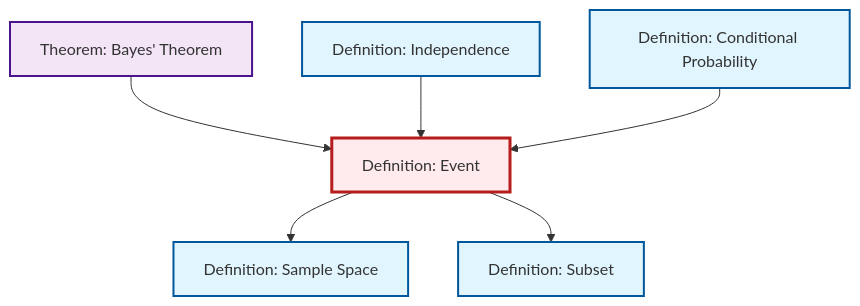
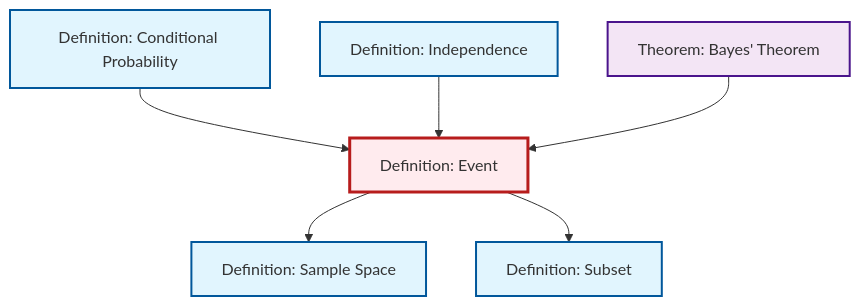
One commit to RK0429/ModernMath changed the diagram in content/en/probability-statistics/def-event.qmd. Above: the diagram before and after it, drawn with Mermaid. The commit also changed other lines of this file and 497 other files, not shown here.

````diff
--- a/content/en/probability-statistics/def-event.qmd
+++ b/content/en/probability-statistics/def-event.qmd
@@ -69,26 +69,26 @@
 ```{mermaid}
 %%| fig-cap: "Local dependency graph"
 graph TD
     classDef definition fill:#e1f5fe,stroke:#01579b,stroke-width:2px
     classDef theorem fill:#f3e5f5,stroke:#4a148c,stroke-width:2px
     classDef axiom fill:#fff3e0,stroke:#e65100,stroke-width:2px
     classDef example fill:#e8f5e9,stroke:#1b5e20,stroke-width:2px
     classDef current fill:#ffebee,stroke:#b71c1c,stroke-width:3px
+    def-subset["Definition: Subset"]:::definition
+    def-conditional-probability["Definition: Conditional Probability"]:::definition
+    def-event["Definition: Event"]:::definition
+    def-sample-space["Definition: Sample Space"]:::definition
     thm-bayes["Theorem: Bayes' Theorem"]:::theorem
-    def-conditional-probability["Definition: Conditional Probability"]:::definition
-    def-sample-space["Definition: Sample Space"]:::definition
-    def-event["Definition: Event"]:::definition
     def-independence["Definition: Independence"]:::definition
-    def-subset["Definition: Subset"]:::definition
+    def-conditional-probability --> def-event
+    def-independence --> def-event
     thm-bayes --> def-event
-    def-independence --> def-event
-    def-conditional-probability --> def-event
     def-event --> def-sample-space
     def-event --> def-subset
     class def-event current
-    click thm-bayes "thm-bayes.html" "Go to Bayes' Theorem theorem"
+    click def-subset "def-subset.html" "Go to Subset definition"
     click def-conditional-probability "def-conditional-probability.html" "Go to Conditional Probability definition"
     click def-sample-space "def-sample-space.html" "Go to Sample Space definition"
+    click thm-bayes "thm-bayes.html" "Go to Bayes' Theorem theorem"
     click def-independence "def-independence.html" "Go to Independence definition"
-    click def-subset "def-subset.html" "Go to Subset definition"
 ```
````
